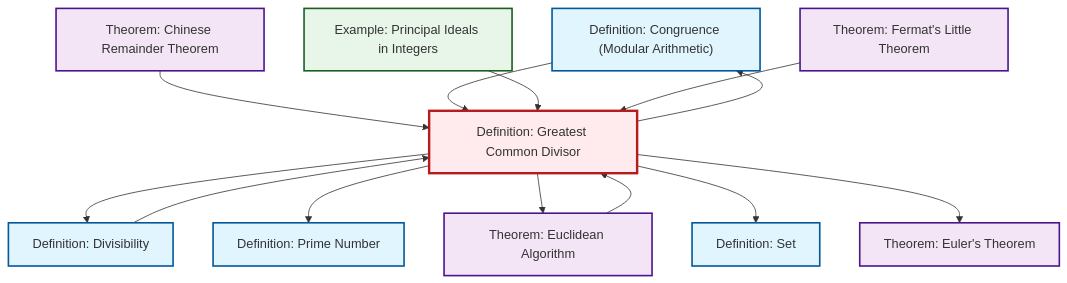
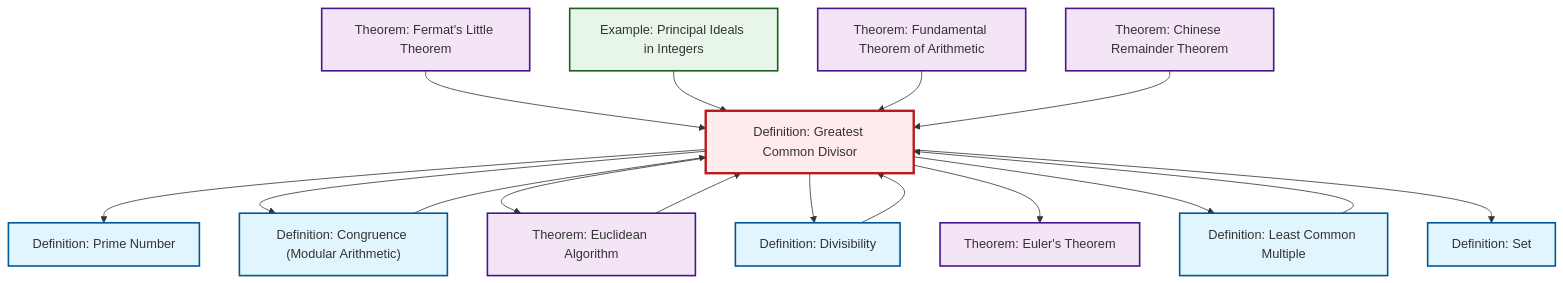
Before and after one commit to RK0429/ModernMath: the second of 2 diagrams in content/en/number-theory/def-gcd.qmd, drawn with Mermaid. The commit also changed 634 other files, not shown here.

First line of the commit message:
feat: Add prime ideal definition with comprehensive cross-references

````diff
--- a/content/en/number-theory/def-gcd.qmd
+++ b/content/en/number-theory/def-gcd.qmd
@@ -93,41 +93,48 @@
 ```{mermaid}
 %%| fig-cap: "Local dependency graph"
 graph TD
     classDef definition fill:#e1f5fe,stroke:#01579b,stroke-width:2px
     classDef theorem fill:#f3e5f5,stroke:#4a148c,stroke-width:2px
     classDef axiom fill:#fff3e0,stroke:#e65100,stroke-width:2px
     classDef example fill:#e8f5e9,stroke:#1b5e20,stroke-width:2px
     classDef current fill:#ffebee,stroke:#b71c1c,stroke-width:3px
+    def-gcd["Definition: Greatest Common Divisor"]:::definition
+    thm-euler["Theorem: Euler's Theorem"]:::theorem
+    thm-fermat-little["Theorem: Fermat's Little Theorem"]:::theorem
+    def-set["Definition: Set"]:::definition
+    def-lcm["Definition: Least Common Multiple"]:::definition
+    thm-fundamental-arithmetic["Theorem: Fundamental Theorem of Arithmetic"]:::theorem
     def-congruence["Definition: Congruence (Modular Arithmetic)"]:::definition
-    def-gcd["Definition: Greatest Common Divisor"]:::definition
+    ex-principal-ideal["Example: Principal Ideals in Integers"]:::example
     def-divisibility["Definition: Divisibility"]:::definition
+    thm-chinese-remainder["Theorem: Chinese Remainder Theorem"]:::theorem
     def-prime["Definition: Prime Number"]:::definition
-    def-set["Definition: Set"]:::definition
     thm-euclidean-algorithm["Theorem: Euclidean Algorithm"]:::theorem
-    thm-euler["Theorem: Euler's Theorem"]:::theorem
-    ex-principal-ideal["Example: Principal Ideals in Integers"]:::example
-    thm-chinese-remainder["Theorem: Chinese Remainder Theorem"]:::theorem
-    thm-fermat-little["Theorem: Fermat's Little Theorem"]:::theorem
+    def-gcd --> def-prime
+    def-gcd --> def-congruence
+    thm-fermat-little --> def-gcd
     def-divisibility --> def-gcd
+    def-congruence --> def-gcd
+    def-gcd --> thm-euclidean-algorithm
+    def-gcd --> def-divisibility
+    def-gcd --> thm-euler
+    ex-principal-ideal --> def-gcd
+    thm-fundamental-arithmetic --> def-gcd
+    def-lcm --> def-gcd
+    thm-euclidean-algorithm --> def-gcd
+    def-gcd --> def-lcm
+    def-gcd --> def-set
     thm-chinese-remainder --> def-gcd
-    def-congruence --> def-gcd
-    def-gcd --> def-congruence
-    def-gcd --> def-divisibility
-    thm-euclidean-algorithm --> def-gcd
-    def-gcd --> def-prime
-    ex-principal-ideal --> def-gcd
-    def-gcd --> thm-euclidean-algorithm
-    def-gcd --> def-set
-    def-gcd --> thm-euler
-    thm-fermat-little --> def-gcd
     class def-gcd current
+    click thm-euler "thm-euler.html" "Go to Euler's Theorem theorem"
+    click thm-fermat-little "thm-fermat-little.html" "Go to Fermat's Little Theorem theorem"
+    click def-set "def-set.html" "Go to Set definition"
+    click def-lcm "def-lcm.html" "Go to Least Common Multiple definition"
+    click thm-fundamental-arithmetic "thm-fundamental-arithmetic.html" "Go to Fundamental Theorem of Arithmetic theorem"
     click def-congruence "def-congruence.html" "Go to Congruence (Modular Arithmetic) definition"
+    click ex-principal-ideal "ex-principal-ideal.html" "Go to Principal Ideals in Integers example"
     click def-divisibility "def-divisibility.html" "Go to Divisibility definition"
+    click thm-chinese-remainder "thm-chinese-remainder.html" "Go to Chinese Remainder Theorem theorem"
     click def-prime "def-prime.html" "Go to Prime Number definition"
-    click def-set "def-set.html" "Go to Set definition"
     click thm-euclidean-algorithm "thm-euclidean-algorithm.html" "Go to Euclidean Algorithm theorem"
-    click thm-euler "thm-euler.html" "Go to Euler's Theorem theorem"
-    click ex-principal-ideal "ex-principal-ideal.html" "Go to Principal Ideals in Integers example"
-    click thm-chinese-remainder "thm-chinese-remainder.html" "Go to Chinese Remainder Theorem theorem"
-    click thm-fermat-little "thm-fermat-little.html" "Go to Fermat's Little Theorem theorem"
 ```
````
